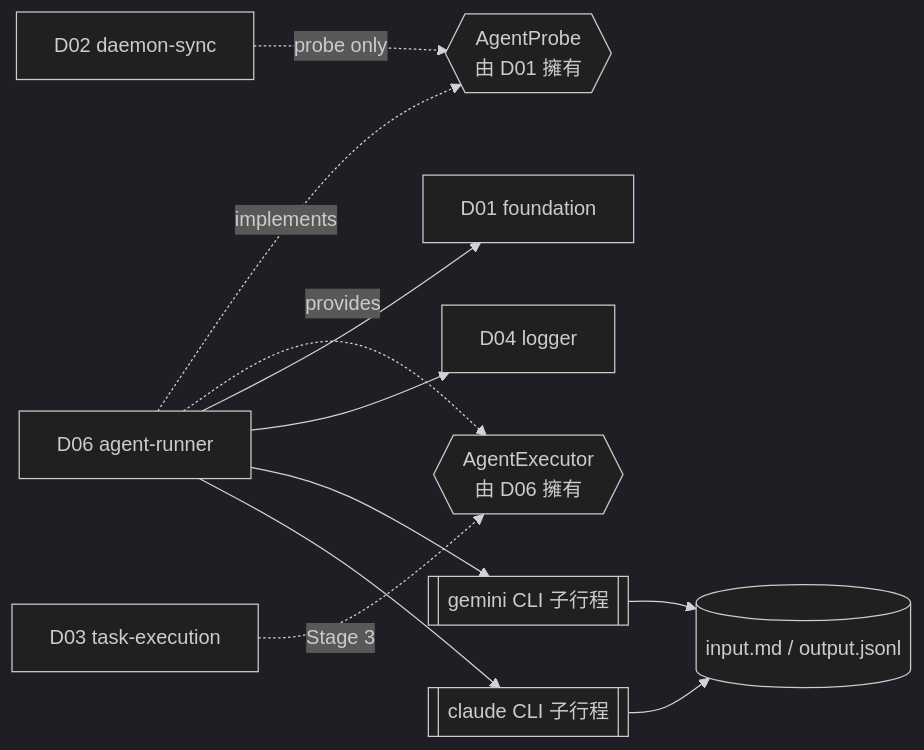
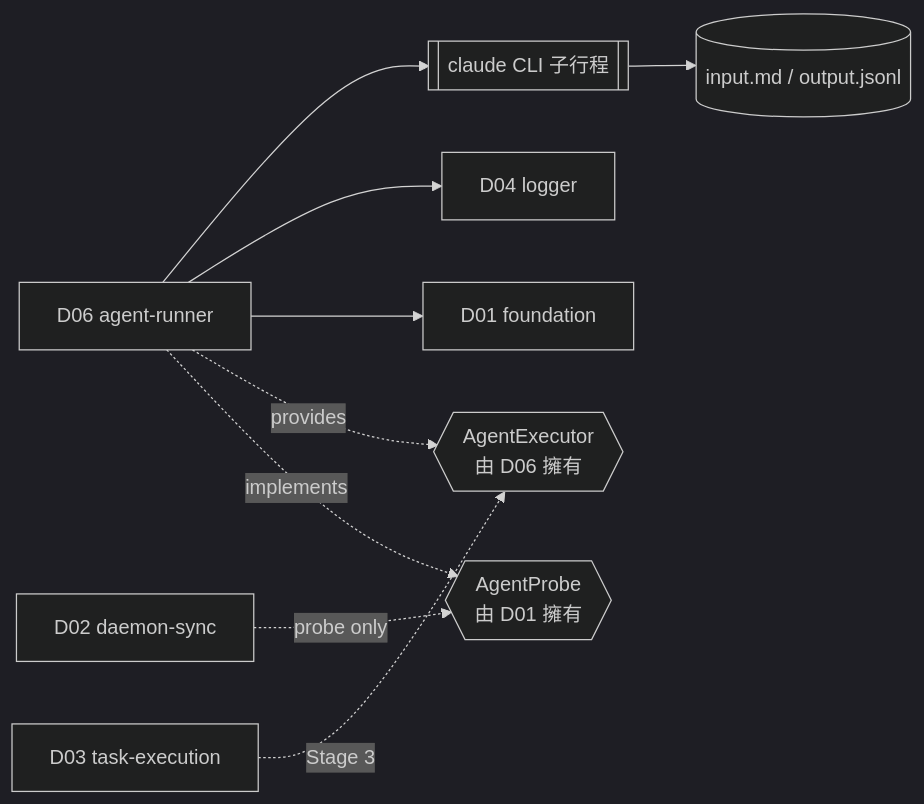
The diagram in docs/designs/D06-agent-runner.md (dccoding1118/gogents), drawn with Mermaid before and after one commit. The commit also changed other lines of this file and 18 other files, not shown here.

````diff
--- a/docs/designs/D06-agent-runner.md
+++ b/docs/designs/D06-agent-runner.md
@@ -19,25 +19,22 @@
 ```mermaid
 %%{init: {'theme':'dark'}}%%
 graph LR
     D02[D02 daemon-sync]
     D03[D03 task-execution]
     D01[D01 foundation]
     D04[D04 logger]
     D06[D06 agent-runner]
     AP{{AgentProbe<br/>由 D01 擁有}}
     AE{{AgentExecutor<br/>由 D06 擁有}}
-    GEM[[gemini CLI 子行程]]
     CLD[[claude CLI 子行程]]
     FS[(input.md / output.jsonl)]
 
     D02 -. probe only .-> AP
     D03 -. Stage 3 .-> AE
     D06 -. implements .-> AP
     D06 -. provides .-> AE
     D06 --> D01
     D06 --> D04
-    D06 --> GEM
     D06 --> CLD
-    GEM --> FS
     CLD --> FS
 ```
````
